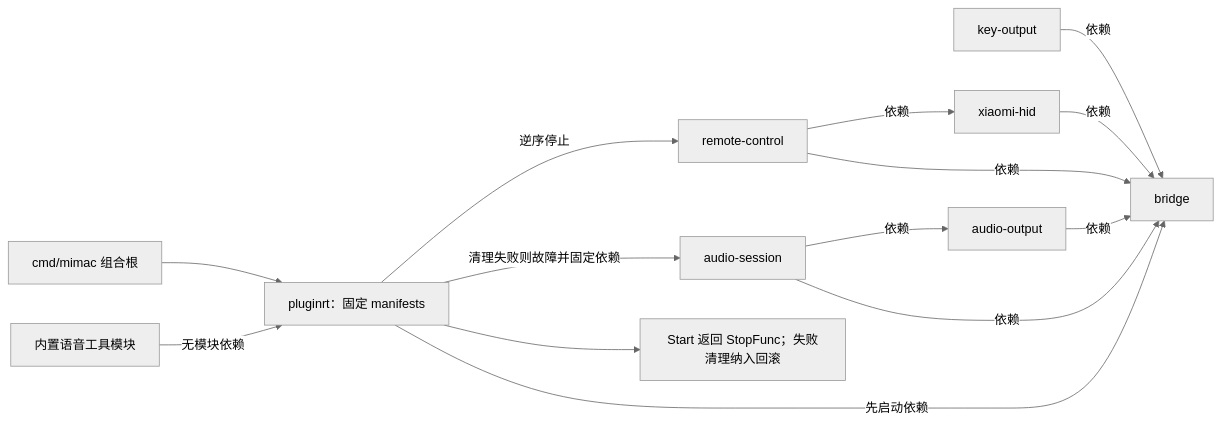
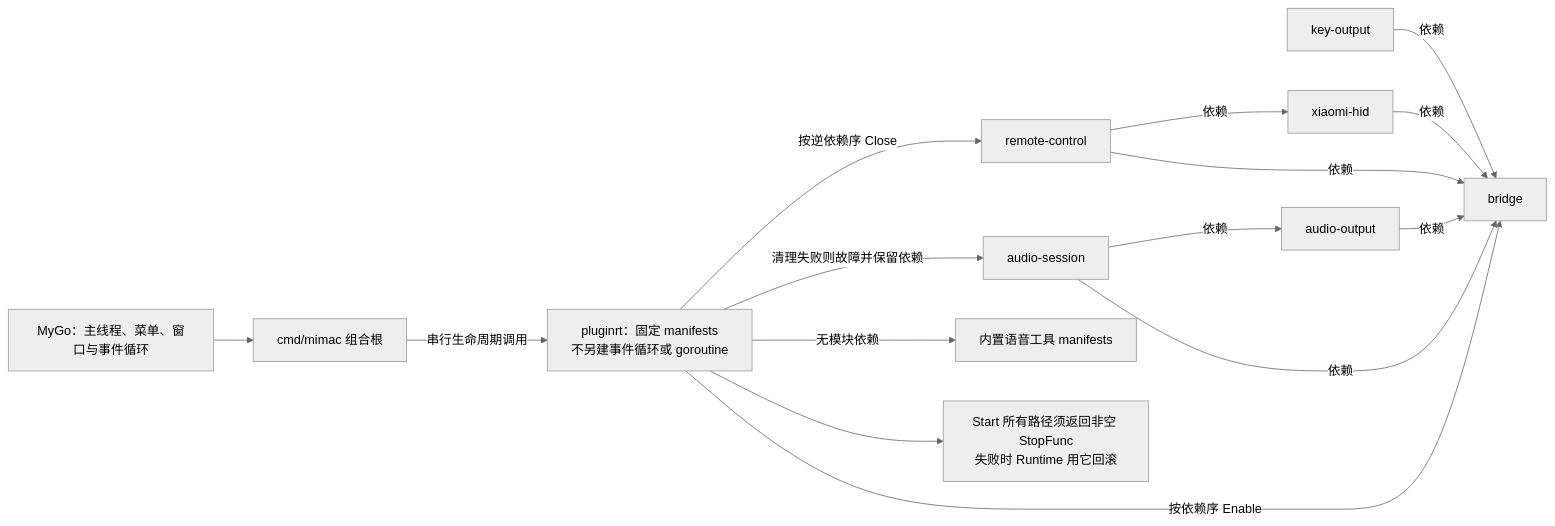
The diagram in tools/workbench/diagrams/plugin-lifecycle.mmd (daftAI2026/MiMac), drawn with Mermaid (neutral theme) before and after one commit. The commit also changed 17 other files, not shown here.

Commit message:
feat: add native page previews and architecture canvas navigation

```diff
--- a/tools/workbench/diagrams/plugin-lifecycle.mmd
+++ b/tools/workbench/diagrams/plugin-lifecycle.mmd
@@ -1,22 +1,24 @@
 flowchart LR
-    host["cmd/mimac 组合根"] --> runtime["pluginrt：固定 manifests"]
+    mygo["MyGo：主线程、菜单、窗口与事件循环"] --> host["cmd/mimac 组合根"]
+    host -->|串行生命周期调用| runtime["pluginrt：固定 manifests\n不另建事件循环或 goroutine"]
     core["bridge"]
     keyout["key-output"]
     hid["xiaomi-hid"]
     remote["remote-control"]
     audioout["audio-output"]
     audiosession["audio-session"]
-    voice["内置语音工具模块"]
-    cleanup["Start 返回 StopFunc；失败清理纳入回滚"]
+    voice["内置语音工具 manifests"]
+    cleanup["Start 所有路径须返回非空 StopFunc\n失败时 Runtime 用它回滚"]
+
     keyout -->|依赖| core
     hid -->|依赖| core
     remote -->|依赖| core
     remote -->|依赖| hid
     audioout -->|依赖| core
     audiosession -->|依赖| core
     audiosession -->|依赖| audioout
-    runtime -->|先启动依赖| core
-    runtime -->|逆序停止| remote
-    runtime -->|清理失败则故障并固定依赖| audiosession
-    voice -->|无模块依赖| runtime
+    runtime -->|按依赖序 Enable| core
+    runtime -->|按逆依赖序 Close| remote
+    runtime -->|清理失败则故障并保留依赖| audiosession
+    runtime -->|无模块依赖| voice
     runtime --> cleanup
```
